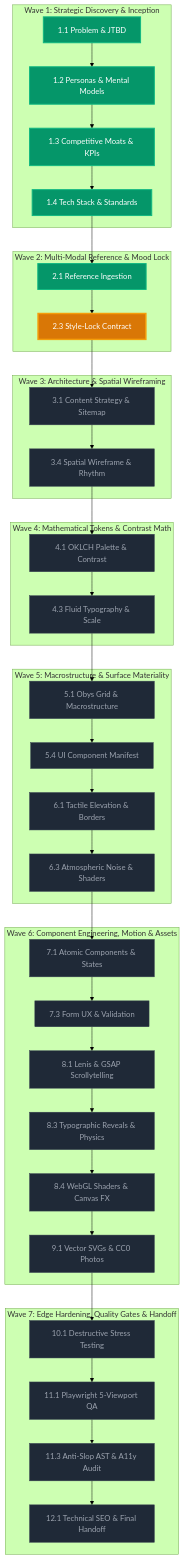
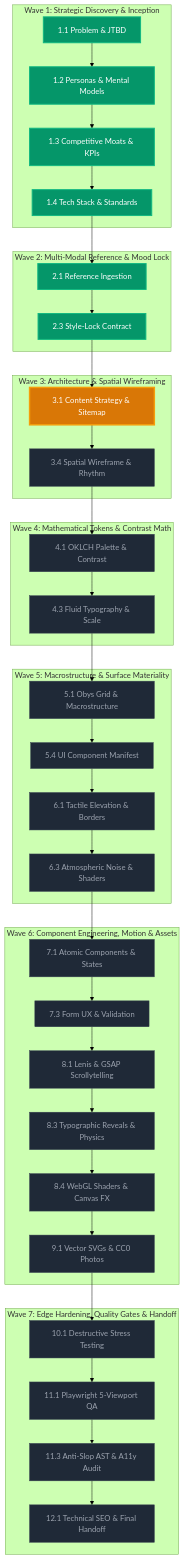
The diagram in docs/DESIGN_MAP.mermaid (atinek-182/Vidya-Dham-Academy), drawn with Mermaid (forest theme) before and after one commit. The commit also changed 3 other files, not shown here.

Commit message:
[GATE] Phase 2.3 Completed: Aesthetic Style-Lock Sealed and Wave 2 Gate Passed

````diff
--- a/docs/DESIGN_MAP.mermaid
+++ b/docs/DESIGN_MAP.mermaid
@@ -1,51 +1,51 @@
 ```mermaid
 graph TD
   subgraph WAVE_1 ["Wave 1: Strategic Discovery & Inception"]
     P1_1["1.1 Problem & JTBD"]:::completed --> P1_2["1.2 Personas & Mental Models"]:::completed
     P1_2 --> P1_3["1.3 Competitive Moats & KPIs"]:::completed
     P1_3 --> P1_4["1.4 Tech Stack & Standards"]:::completed
   end
 
   subgraph WAVE_2 ["Wave 2: Multi-Modal Reference & Mood Lock"]
-    P2_1["2.1 Reference Ingestion"]:::completed --> P2_3["2.3 Style-Lock Contract"]:::active
+    P2_1["2.1 Reference Ingestion"]:::completed --> P2_3["2.3 Style-Lock Contract"]:::completed
   end
 
   subgraph WAVE_3 ["Wave 3: Architecture & Spatial Wireframing"]
-    P3_1["3.1 Content Strategy & Sitemap"]:::pending --> P3_4["3.4 Spatial Wireframe & Rhythm"]:::pending
+    P3_1["3.1 Content Strategy & Sitemap"]:::active --> P3_4["3.4 Spatial Wireframe & Rhythm"]:::pending
   end
 
   subgraph WAVE_4 ["Wave 4: Mathematical Tokens & Contrast Math"]
     P4_1["4.1 OKLCH Palette & Contrast"]:::pending --> P4_3["4.3 Fluid Typography & Scale"]:::pending
   end
 
   subgraph WAVE_5 ["Wave 5: Macrostructure & Surface Materiality"]
     P5_1["5.1 Obys Grid & Macrostructure"]:::pending --> P5_4["5.4 UI Component Manifest"]:::pending
     P5_4 --> P6_1["6.1 Tactile Elevation & Borders"]:::pending
     P6_1 --> P6_3["6.3 Atmospheric Noise & Shaders"]:::pending
   end
 
   subgraph WAVE_6 ["Wave 6: Component Engineering, Motion & Assets"]
     P7_1["7.1 Atomic Components & States"]:::pending --> P7_3["7.3 Form UX & Validation"]:::pending
     P7_3 --> P8_1["8.1 Lenis & GSAP Scrollytelling"]:::pending
     P8_1 --> P8_3["8.3 Typographic Reveals & Physics"]:::pending
     P8_3 --> P8_4["8.4 WebGL Shaders & Canvas FX"]:::pending
     P8_4 --> P9_1["9.1 Vector SVGs & CC0 Photos"]:::pending
   end
 
   subgraph WAVE_7 ["Wave 7: Edge Hardening, Quality Gates & Handoff"]
     P10_1["10.1 Destructive Stress Testing"]:::pending --> P11_1["11.1 Playwright 5-Viewport QA"]:::pending
     P11_1 --> P11_3["11.3 Anti-Slop AST & A11y Audit"]:::pending
     P11_3 --> P12_1["12.1 Technical SEO & Final Handoff"]:::pending
   end
 
   P1_4 --> P2_1
   P2_3 --> P3_1
   P3_4 --> P4_1
   P4_3 --> P5_1
   P6_3 --> P7_1
   P9_1 --> P10_1
 
   classDef completed fill:#059669,stroke:#10b981,color:#ffffff,stroke-width:2px;
   classDef active fill:#d97706,stroke:#f59e0b,color:#ffffff,stroke-width:3px;
   classDef pending fill:#1f2937,stroke:#374151,color:#9ca3af,stroke-width:1px;
 ```
````
